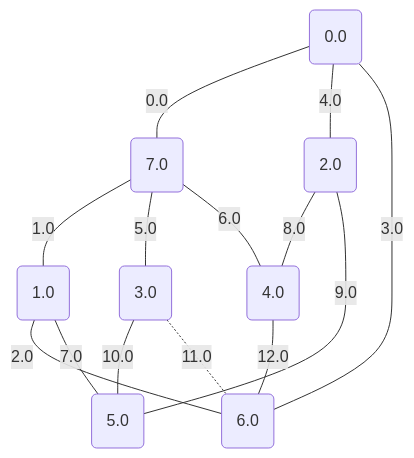
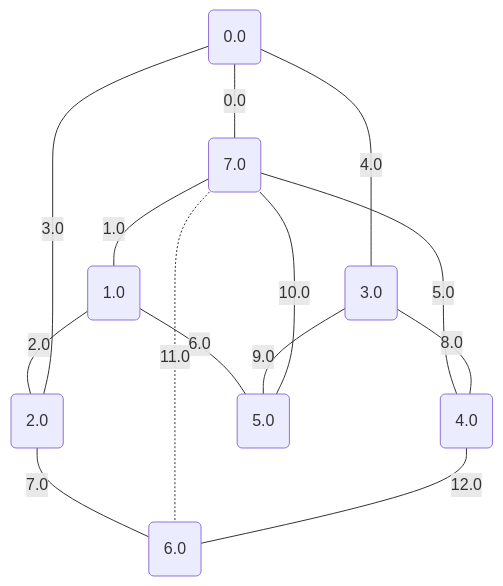
The sixth of 17 diagrams in project/src/testing/showcase/minCutPetersen.md (metury/graphs), drawn with Mermaid before and after one commit. The commit also changed other lines of this file and 34 other files, not shown here.

````diff
--- a/project/src/testing/showcase/minCutPetersen.md
+++ b/project/src/testing/showcase/minCutPetersen.md
@@ -164,24 +164,24 @@
 ```mermaid
 graph TD;
 	0("0.0");
 	1("1.0");
 	2("2.0");
 	3("3.0");
 	4("4.0");
 	5("5.0");
 	6("6.0");
 	7("7.0");
 	0 -- "0.0" --- 7;
 	7 -- "1.0" --- 1;
-	1 -- "2.0" --- 6;
-	6 -- "3.0" --- 0;
-	0 -- "4.0" --- 2;
-	7 -- "5.0" --- 3;
-	7 -- "6.0" --- 4;
-	1 -- "7.0" --- 5;
-	2 -- "8.0" --- 4;
-	2 -- "9.0" --- 5;
-	3 -- "10.0" --- 5;
-	3 -. "11.0" -.- 6;
+	1 -- "2.0" --- 2;
+	2 -- "3.0" --- 0;
+	0 -- "4.0" --- 3;
+	7 -- "5.0" --- 4;
+	1 -- "6.0" --- 5;
+	2 -- "7.0" --- 6;
+	3 -- "8.0" --- 4;
+	3 -- "9.0" --- 5;
+	7 -- "10.0" --- 5;
+	7 -. "11.0" -.- 6;
 	4 -- "12.0" --- 6;
 ```
````
